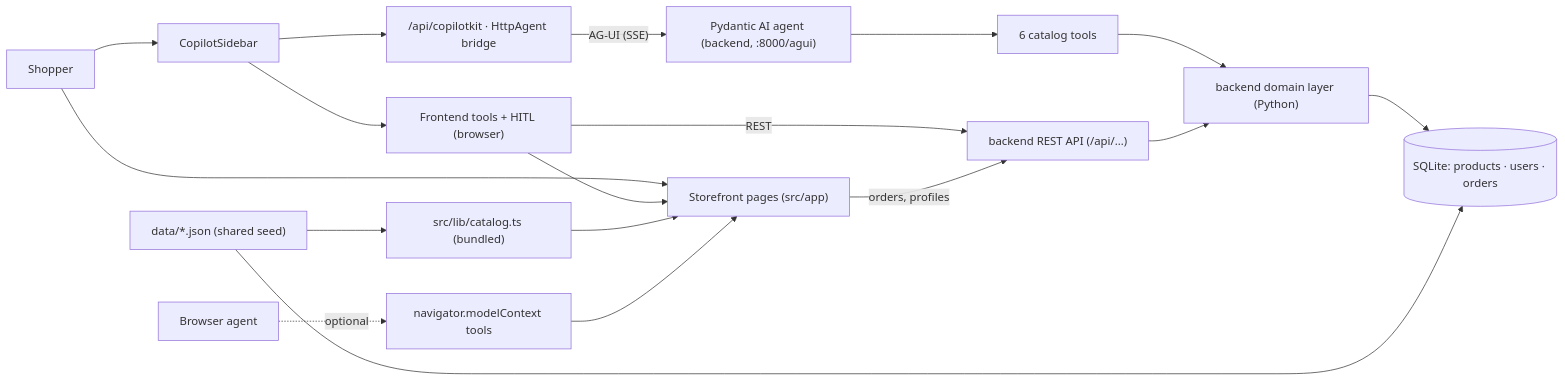
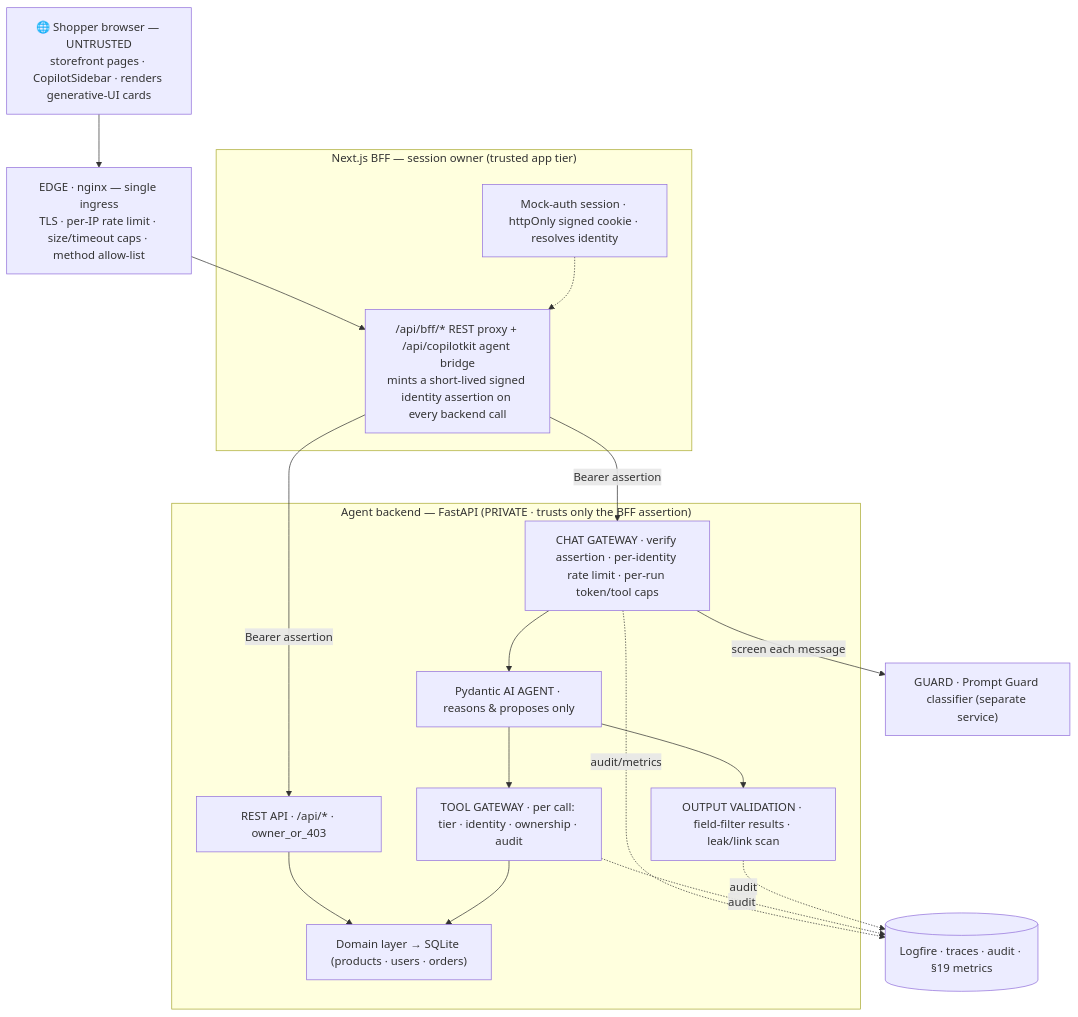
The first of 2 diagrams in docs/architecture.md (VENKATESHWARAN-R/agentic-ecom), drawn with Mermaid before and after one commit. The commit also changed other lines of this file and 6 other files, not shown here.

First line of the commit message:
docs: consolidate to as-built architecture; retire plan/target docs

````diff
--- a/docs/architecture.md
+++ b/docs/architecture.md
@@ -7,20 +7,30 @@
 ```mermaid
-flowchart LR
-    Shopper --> UI["Storefront pages (src/app)"]
-    Shopper --> Chat["CopilotSidebar"]
-    Chat --> Bridge["/api/copilotkit · HttpAgent bridge"]
-    Bridge -- "AG-UI (SSE)" --> Agent["Pydantic AI agent (backend, :8000/agui)"]
-    Agent --> Tools["6 catalog tools"]
-    Tools --> Domain["backend domain layer (Python)"]
-    Chat --> FrontendTools["Frontend tools + HITL (browser)"]
-    FrontendTools --> UI
-    FrontendTools -- REST --> API["backend REST API (/api/…)"]
-    UI -- "orders, profiles" --> API
-    API --> Domain
-    Domain --> DB[("SQLite: products · users · orders")]
-    Seed["data/*.json (shared seed)"] --> DB
-    Seed --> ClientCatalog["src/lib/catalog.ts (bundled)"]
-    ClientCatalog --> UI
-    BrowserAgent["Browser agent"] -. optional .-> WebMCP["navigator.modelContext tools"]
-    WebMCP --> UI
+flowchart TB
+    Shopper["🌐 Shopper browser — UNTRUSTED<br/>storefront pages · CopilotSidebar · renders generative-UI cards"]
+    Edge["EDGE · nginx — single ingress<br/>TLS · per-IP rate limit · size/timeout caps · method allow-list"]
+    subgraph BFF["Next.js BFF — session owner (trusted app tier)"]
+        Session["Mock-auth session · httpOnly signed cookie · resolves identity"]
+        Proxy["/api/bff/* REST proxy + /api/copilotkit agent bridge<br/>mints a short-lived signed identity assertion on every backend call"]
+    end
+    subgraph Backend["Agent backend — FastAPI (PRIVATE · trusts only the BFF assertion)"]
+        Gateway["CHAT GATEWAY · verify assertion · per-identity rate limit · per-run token/tool caps"]
+        Agent["Pydantic AI AGENT · reasons & proposes only"]
+        ToolGW["TOOL GATEWAY · per call: tier · identity · ownership · audit"]
+        OutVal["OUTPUT VALIDATION · field-filter results · leak/link scan"]
+        Domain["Domain layer → SQLite (products · users · orders)"]
+        REST["REST API · /api/* · owner_or_403"]
+    end
+    Guard["GUARD · Prompt Guard classifier (separate service)"]
+    Obs[("Logfire · traces · audit · §19 metrics")]
+
+    Shopper --> Edge --> Proxy
+    Session -.-> Proxy
+    Proxy -->|Bearer assertion| Gateway --> Agent
+    Proxy -->|Bearer assertion| REST --> Domain
+    Gateway -->|screen each message| Guard
+    Agent --> ToolGW --> Domain
+    Agent --> OutVal
+    Gateway -.audit/metrics.-> Obs
+    ToolGW -.audit.-> Obs
+    OutVal -.audit.-> Obs
 ```
````
